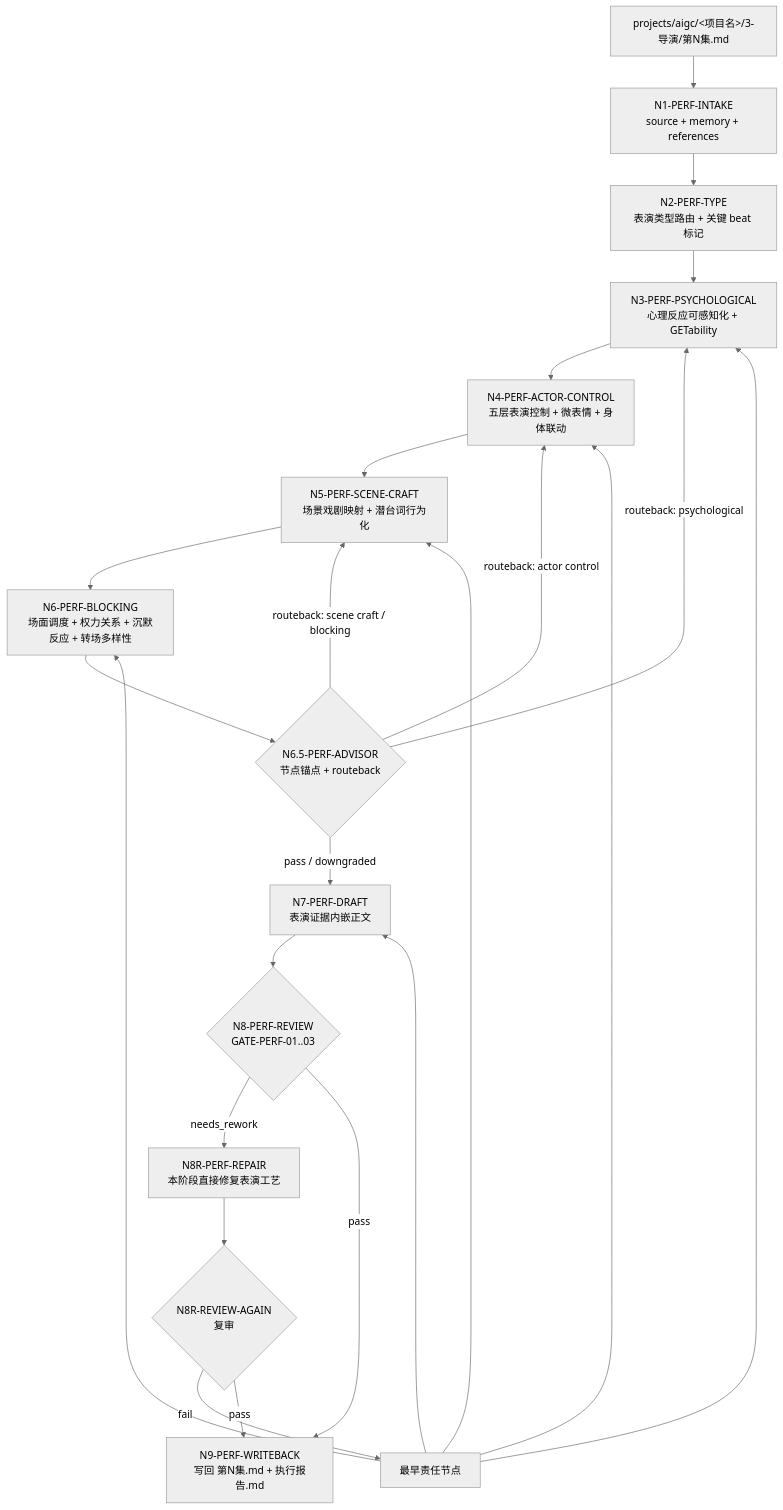
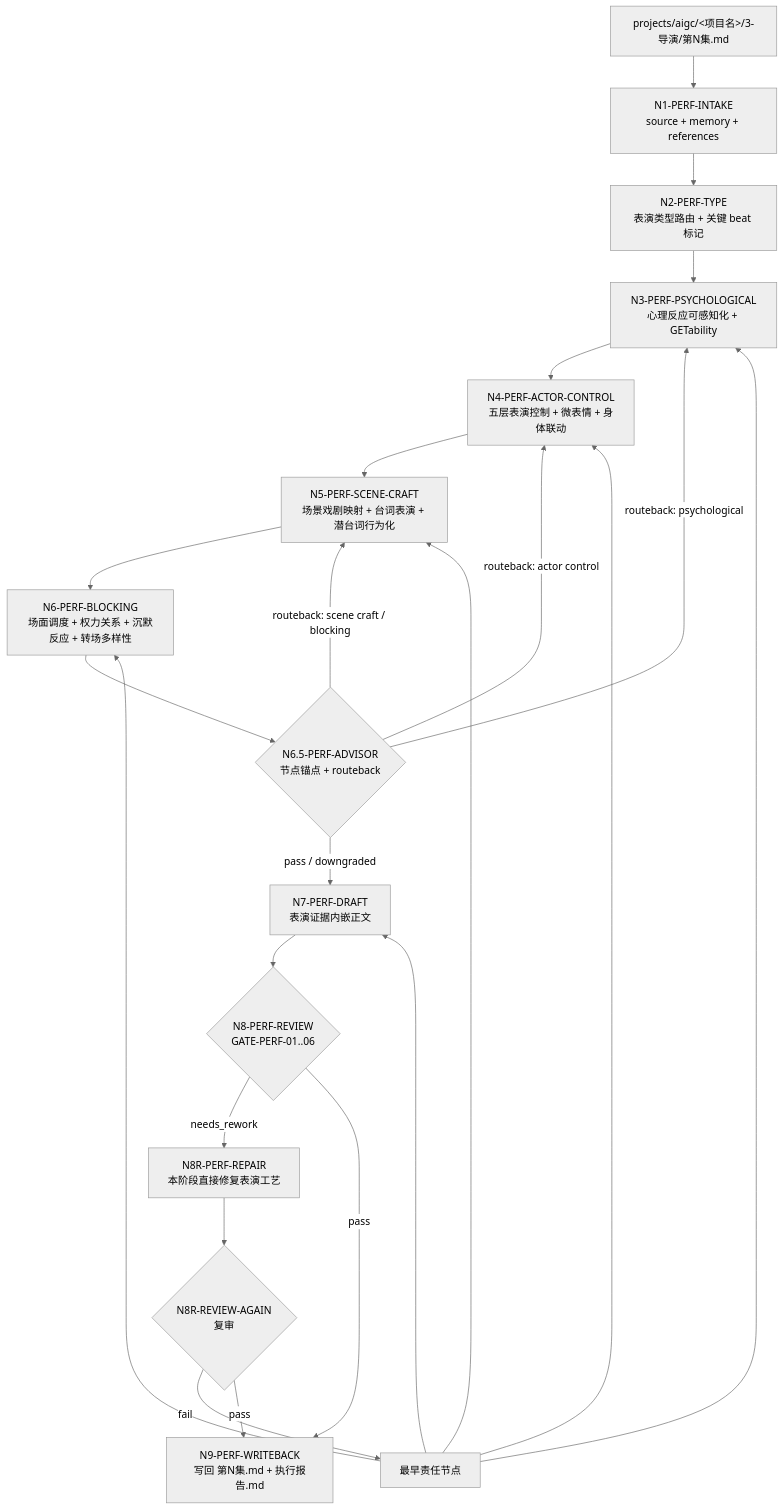
Before and after one commit to ZEN-VOID/AI-CUT: the first of 2 diagrams in .agents/skills/aigc/4-表演/SKILL.md, drawn with Mermaid (neutral theme). The commit also changed other lines of this file and 86 other files, not shown here.

````diff
--- a/.agents/skills/aigc/4-表演/SKILL.md
+++ b/.agents/skills/aigc/4-表演/SKILL.md
@@ -292,25 +317,25 @@
 ```mermaid
 flowchart TD
     A["projects/aigc/<项目名>/3-导演/第N集.md"] --> B["N1-PERF-INTAKE\nsource + memory + references"]
     B --> C["N2-PERF-TYPE\n表演类型路由 + 关键 beat 标记"]
     C --> D["N3-PERF-PSYCHOLOGICAL\n心理反应可感知化 + GETability"]
     D --> E["N4-PERF-ACTOR-CONTROL\n五层表演控制 + 微表情 + 身体联动"]
-    E --> F["N5-PERF-SCENE-CRAFT\n场景戏剧映射 + 潜台词行为化"]
+    E --> F["N5-PERF-SCENE-CRAFT\n场景戏剧映射 + 台词表演 + 潜台词行为化"]
     F --> G["N6-PERF-BLOCKING\n场面调度 + 权力关系 + 沉默反应 + 转场多样性"]
     G --> AD{"N6.5-PERF-ADVISOR\n节点锚点 + routeback"}
     AD -->|"routeback: psychological"| D
     AD -->|"routeback: actor control"| E
     AD -->|"routeback: scene craft / blocking"| F
     AD -->|"pass / downgraded"| H["N7-PERF-DRAFT\n表演证据内嵌正文"]
-    H --> R{"N8-PERF-REVIEW\nGATE-PERF-01..03"}
+    H --> R{"N8-PERF-REVIEW\nGATE-PERF-01..06"}
     R -->|"needs_rework"| RR["N8R-PERF-REPAIR\n本阶段直接修复表演工艺"]
     RR --> R2{"N8R-REVIEW-AGAIN\n复审"}
     R2 -->|"fail"| RB["最早责任节点"]
     RB --> D
     RB --> E
     RB --> F
     RB --> G
     RB --> H
     R2 -->|"pass"| W["N9-PERF-WRITEBACK\n写回 第N集.md + 执行报告.md"]
     R -->|"pass"| W
 ```
````
